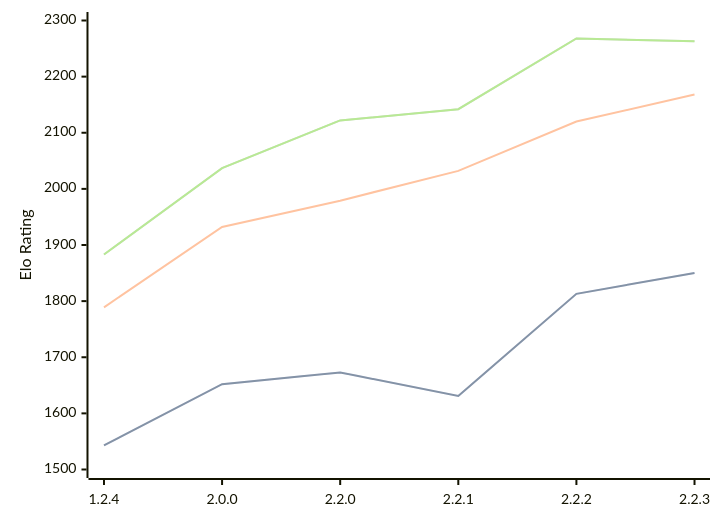
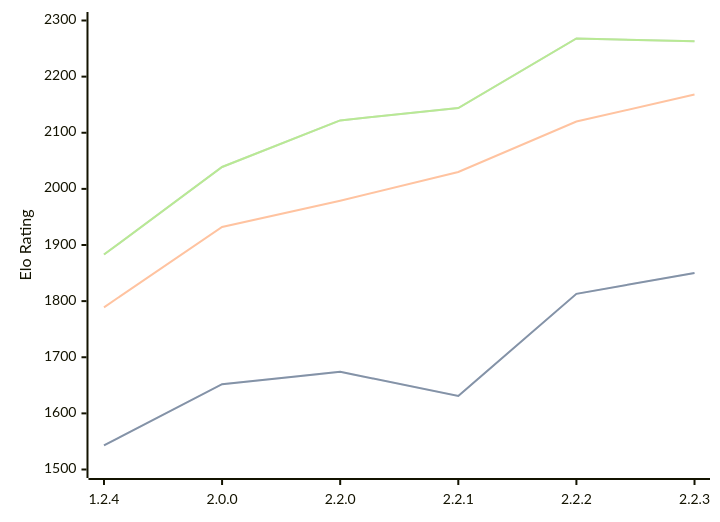
One commit to computer-chess-index/cci changed the diagram in engines/Kreveta.md. Above: the diagram before and after it, drawn with Mermaid. The commit also changed other lines of this file, not shown here.

Commit message:
Update CCI Ratings (ELO VLTC) - 2026-02-26

````diff
--- a/engines/Kreveta.md
+++ b/engines/Kreveta.md
@@ -37,11 +37,11 @@
 ```mermaid
 %%{init: {"theme":"base","themeVariables":{"seriesColors:['#a3a3a3','#222221','#faa371']}}}%%
 xychart-beta
   x-axis ["1.2.4", "2.0.0", "2.2.0", "2.2.1", "2.2.2", "2.2.3"]
   y-axis "Elo Rating" 1500 --> 2300
-  line "STC (8.0+0.08s)" [1543, 1652, 1673, 1631, 1813, 1850]
-  line "STC (8.0+0.08s)" [1543, 1652, 1673, 1631, 1813, 1850]
-  line "LTC (60.0+0.60s)" [1789, 1932, 1979, 2032, 2120, 2168]
-  line "VLTC (2m24s+1.12s)" [1883, 2037, 2122, 2142, 2268, 2263]
-  line "VLTC (2m24s+1.12s)" [1883, 2037, 2122, 2142, 2268, 2263]
+  line "STC (8.0+0.08s)" [1543, 1652, 1674, 1631, 1813, 1850]
+  line "STC (8.0+0.08s)" [1543, 1652, 1674, 1631, 1813, 1850]
+  line "LTC (60.0+0.60s)" [1789, 1932, 1979, 2030, 2120, 2168]
+  line "VLTC (2m24s+1.12s)" [1883, 2039, 2122, 2144, 2268, 2263]
+  line "VLTC (2m24s+1.12s)" [1883, 2039, 2122, 2144, 2268, 2263]
 ```
````
